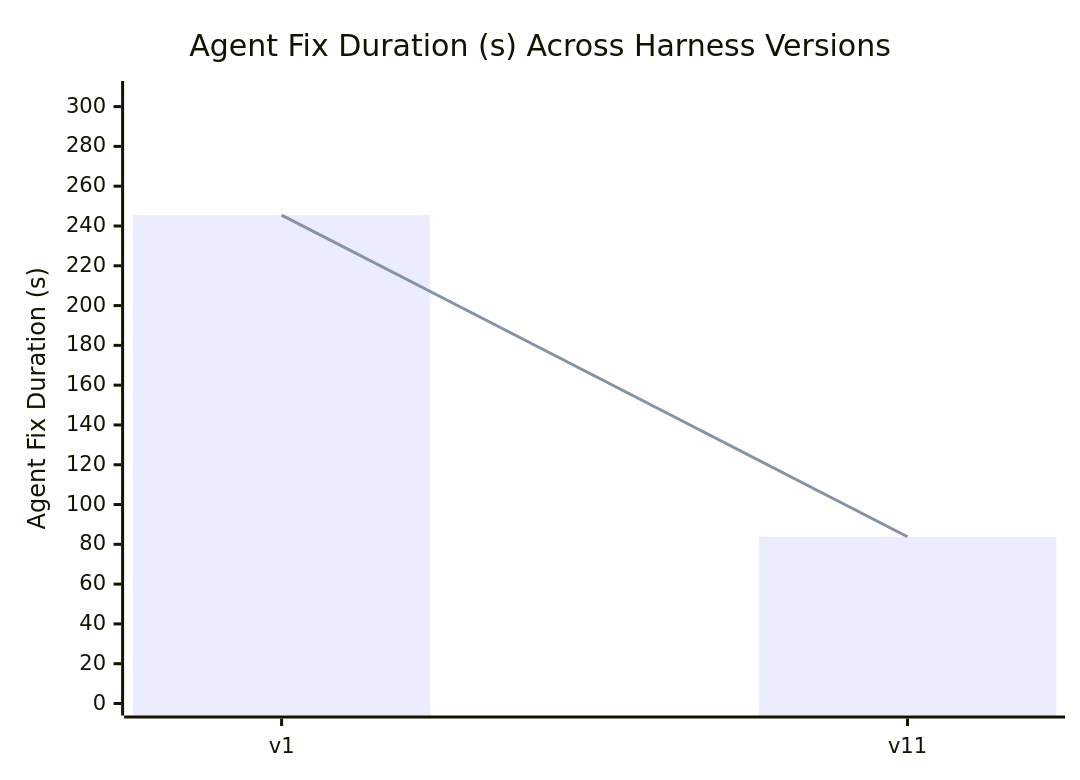
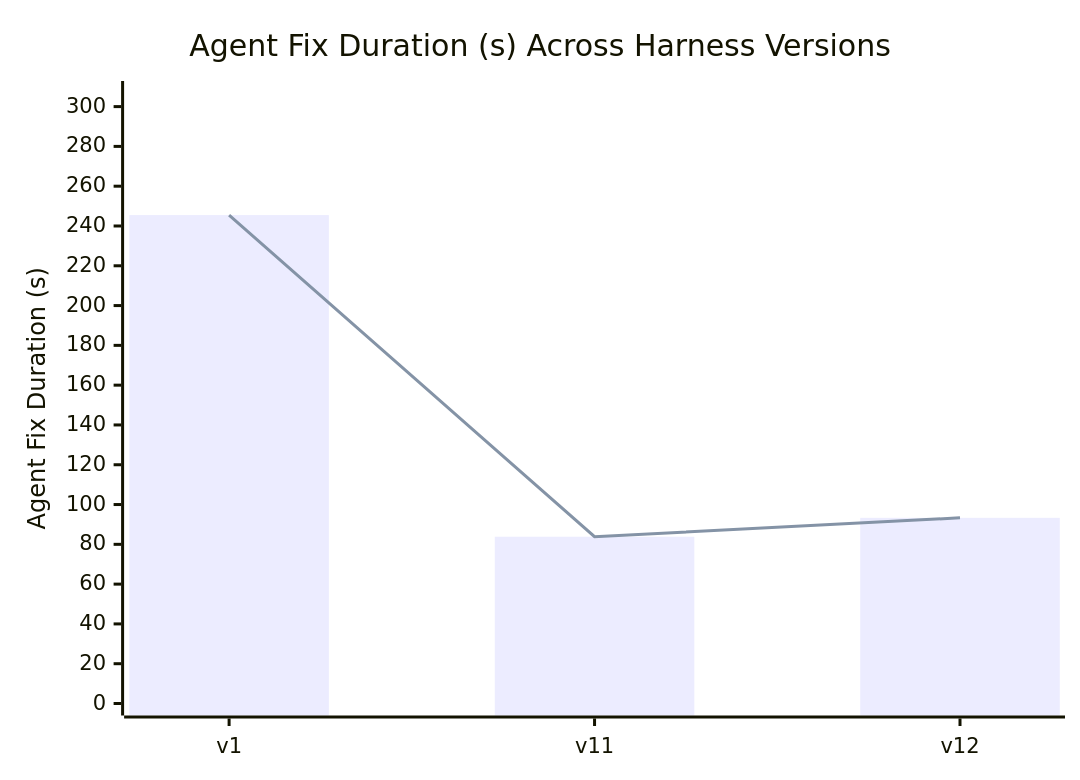
The diagram in PERFORMANCE_REPORT.md (denizin42/cs440-lab6-thealgorithms-contrib), drawn with Mermaid before and after one commit. The commit also changed other lines of this file and 5 other files, not shown here.

````diff
--- a/PERFORMANCE_REPORT.md
+++ b/PERFORMANCE_REPORT.md
@@ -21,8 +21,8 @@
 ```mermaid
 xychart-beta
     title "Agent Fix Duration (s) Across Harness Versions"
-    x-axis ["v1", "v11"]
+    x-axis ["v1", "v11", "v12"]
     y-axis "Agent Fix Duration (s)" 0 --> 306.84
-    bar [245.475, 83.822]
-    line [245.475, 83.822]
+    bar [245.475, 83.822, 93.318]
+    line [245.475, 83.822, 93.318]
 ```
````
